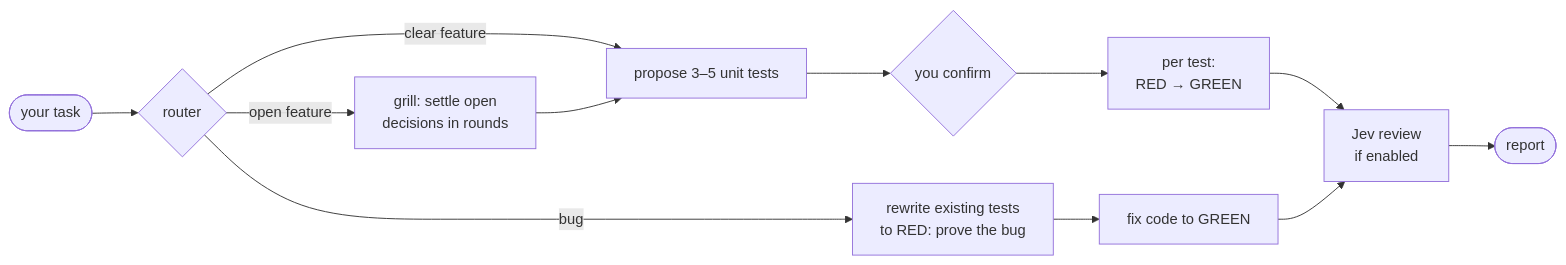
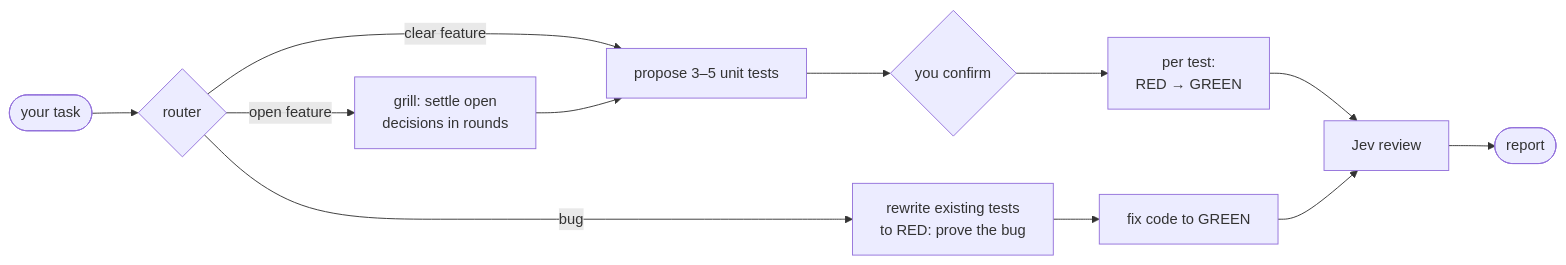
Before and after one commit to savinofiore/lexi: the diagram in README.md, drawn with Mermaid. The commit also changed other lines of this file and 17 other files, not shown here.

````diff
--- a/README.md
+++ b/README.md
@@ -206,14 +206,14 @@
 ```mermaid
 flowchart LR
     T([your task]) --> R{router}
     R -->|bug| B[rewrite existing tests<br/>to RED: prove the bug]
     R -->|clear feature| F[propose 3–5 unit tests]
     R -->|open feature| G[grill: settle open<br/>decisions in rounds]
     G --> F
     F --> C{you confirm}
     C --> L[per test:<br/>RED → GREEN]
     B --> X[fix code to GREEN]
-    L --> J[Jev review<br/>if enabled]
+    L --> J[Jev review]
     X --> J
     J --> P([report])
 ```
````
